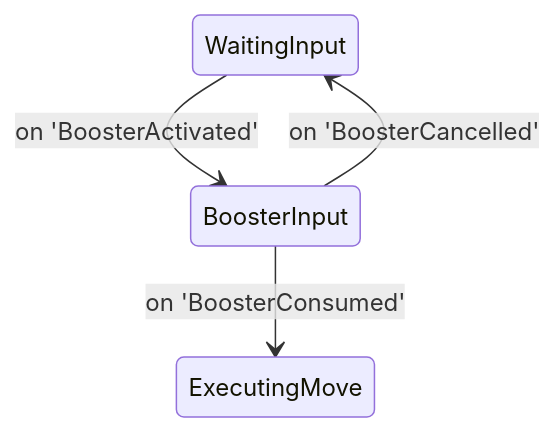
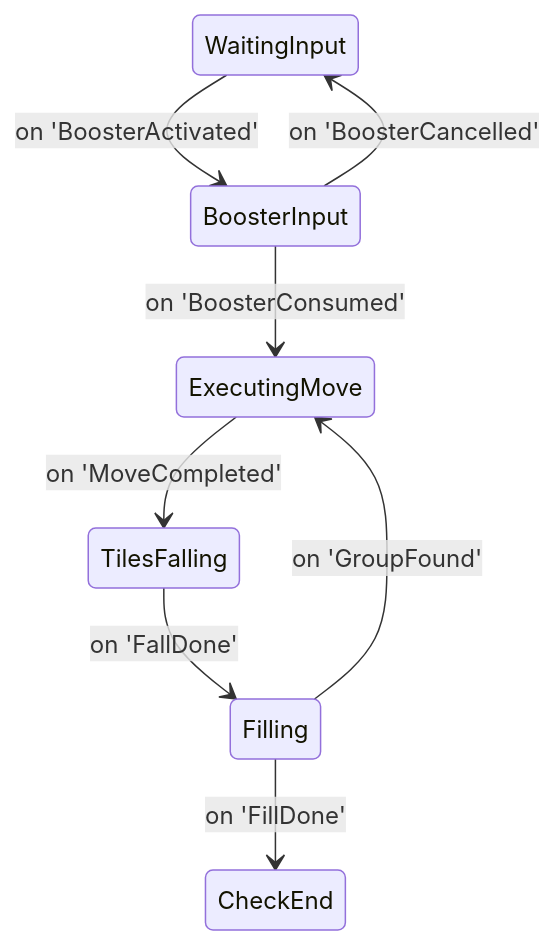
Before and after one commit to rebbort/blast-puzzle-test-game: the second of 2 diagrams in ARCHITECTURE.md, drawn with Mermaid. The commit also changed 3 other files, not shown here.

````diff
--- a/ARCHITECTURE.md
+++ b/ARCHITECTURE.md
@@ -33,6 +33,10 @@
 ```mermaid
 stateDiagram-v2
   WaitingInput --> BoosterInput: on 'BoosterActivated'
   BoosterInput --> ExecutingMove: on 'BoosterConsumed'
   BoosterInput --> WaitingInput: on 'BoosterCancelled'
+  ExecutingMove --> TilesFalling: on 'MoveCompleted'
+  TilesFalling --> Filling: on 'FallDone'
+  Filling --> ExecutingMove: on 'GroupFound'
+  Filling --> CheckEnd: on 'FillDone'
 ```
````
